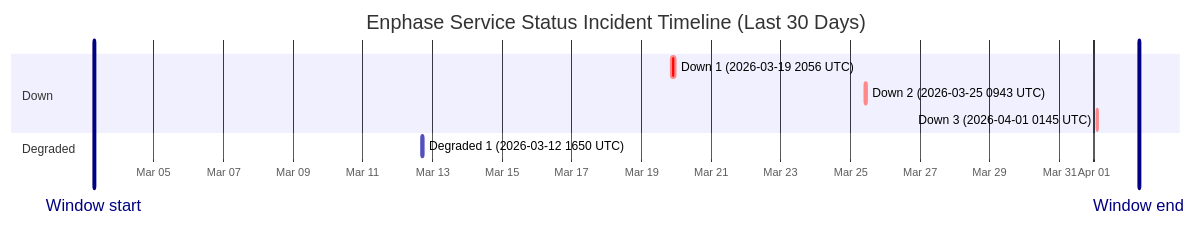
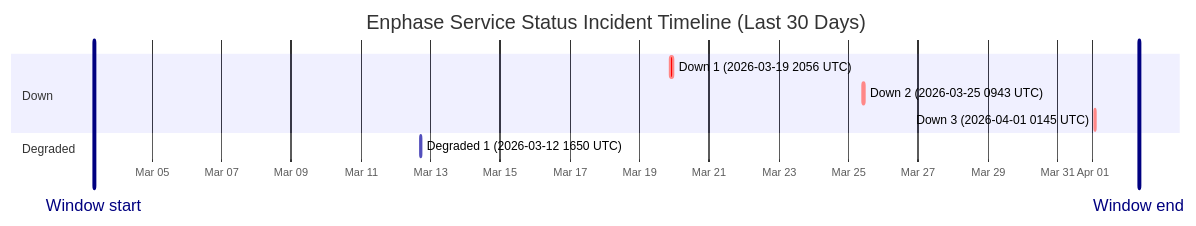
The diagram in wiki/Service-Status-History.md (barneyonline/ha-enphase-ev-charger), drawn with Mermaid before and after one commit. The commit also changed other lines of this file and 3 other files, not shown here.

````diff
--- a/wiki/Service-Status-History.md
+++ b/wiki/Service-Status-History.md
@@ -14,14 +14,14 @@
 ```mermaid
 gantt
     title Enphase Service Status Incident Timeline (Last 30 Days)
     dateFormat  YYYY-MM-DDTHH:mm:ss
     axisFormat  %b %d
-    Window start :vert, window-start, 2026-03-03T06:48:22, 0ms
-    Window end :vert, window-end, 2026-04-02T06:48:22, 0ms
+    Window start :vert, window-start, 2026-03-03T08:06:00, 0ms
+    Window end :vert, window-end, 2026-04-02T08:06:00, 0ms
     section Down
     Down 1 (2026-03-19 2056 UTC) :crit, down-1, 2026-03-19T20:56:20, 145m
     Down 2 (2026-03-25 0943 UTC) :crit, down-2, 2026-03-25T09:43:28, 111m
     Down 3 (2026-04-01 0145 UTC) :crit, down-3, 2026-04-01T01:45:09, 60m
     section Degraded
     Degraded 1 (2026-03-12 1650 UTC) :active, degraded-1, 2026-03-12T16:50:43, 60m
 ```
````
